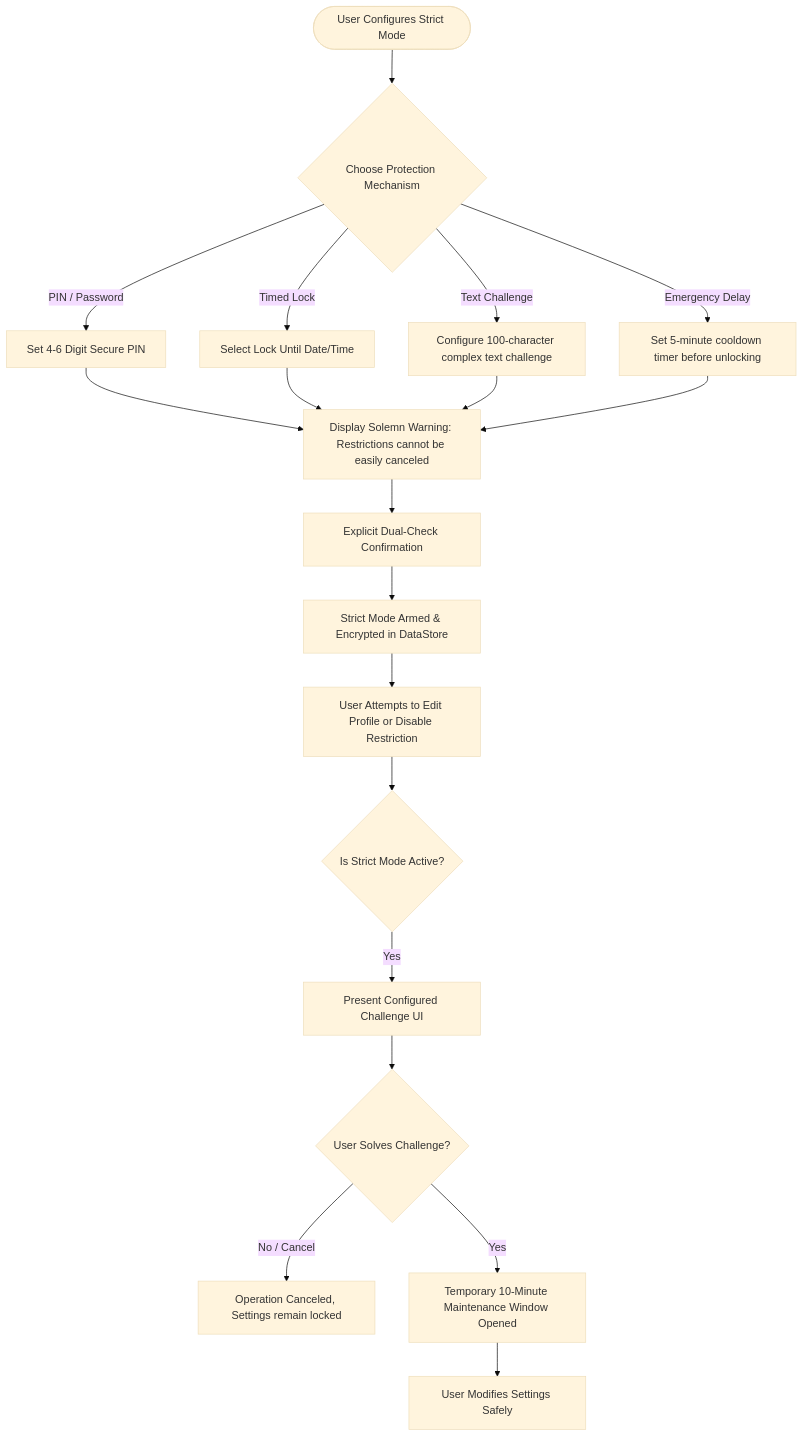
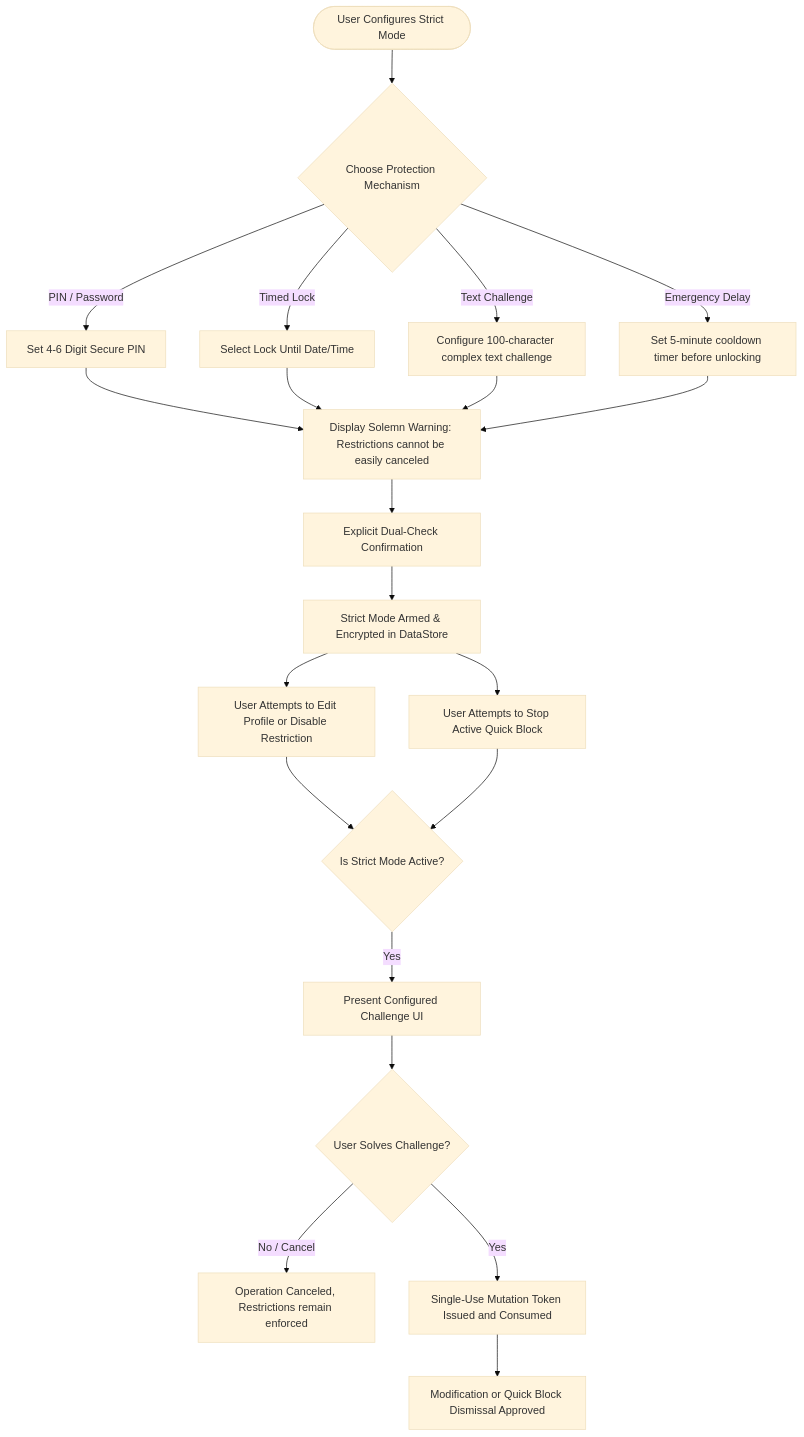
One commit to vinayr-07/TakeBack changed the fourth of 6 diagrams in docs/user-workflows.md. Above: the diagram before and after it, drawn with Mermaid (base theme). The commit also changed 11 other files, not shown here.

````diff
--- a/docs/user-workflows.md
+++ b/docs/user-workflows.md
@@ -99,21 +99,22 @@
 ```mermaid
 flowchart TD
     SM_START([User Configures Strict Mode]) --> SM_SELECT{Choose Protection Mechanism}
     SM_SELECT -->|PIN / Password| SM_PIN[Set 4-6 Digit Secure PIN]
     SM_SELECT -->|Timed Lock| SM_TIME[Select Lock Until Date/Time]
     SM_SELECT -->|Text Challenge| SM_TXT[Configure 100-character complex text challenge]
     SM_SELECT -->|Emergency Delay| SM_DELAY[Set 5-minute cooldown timer before unlocking]
     
     SM_PIN & SM_TIME & SM_TXT & SM_DELAY --> SM_WARN[Display Solemn Warning: Restrictions cannot be easily canceled]
     SM_WARN --> SM_CONFIRM[Explicit Dual-Check Confirmation]
     SM_CONFIRM --> SM_ACTIVE[Strict Mode Armed & Encrypted in DataStore]
     
     SM_ACTIVE --> USER_EDIT[User Attempts to Edit Profile or Disable Restriction]
-    USER_EDIT --> EVAL_STRICT{Is Strict Mode Active?}
+    SM_ACTIVE --> USER_QB[User Attempts to Stop Active Quick Block]
+    USER_EDIT & USER_QB --> EVAL_STRICT{Is Strict Mode Active?}
     EVAL_STRICT -->|Yes| CHALLENGE[Present Configured Challenge UI]
     
     CHALLENGE --> VALIDATE{User Solves Challenge?}
-    VALIDATE -->|No / Cancel| ABORT[Operation Canceled, Settings remain locked]
-    VALIDATE -->|Yes| UNLOCK_TEMP[Temporary 10-Minute Maintenance Window Opened]
-    UNLOCK_TEMP --> USER_EDIT_OK[User Modifies Settings Safely]
+    VALIDATE -->|No / Cancel| ABORT[Operation Canceled, Restrictions remain enforced]
+    VALIDATE -->|Yes| UNLOCK_TEMP[Single-Use Mutation Token Issued and Consumed]
+    UNLOCK_TEMP --> USER_EDIT_OK[Modification or Quick Block Dismissal Approved]
 ```
````
